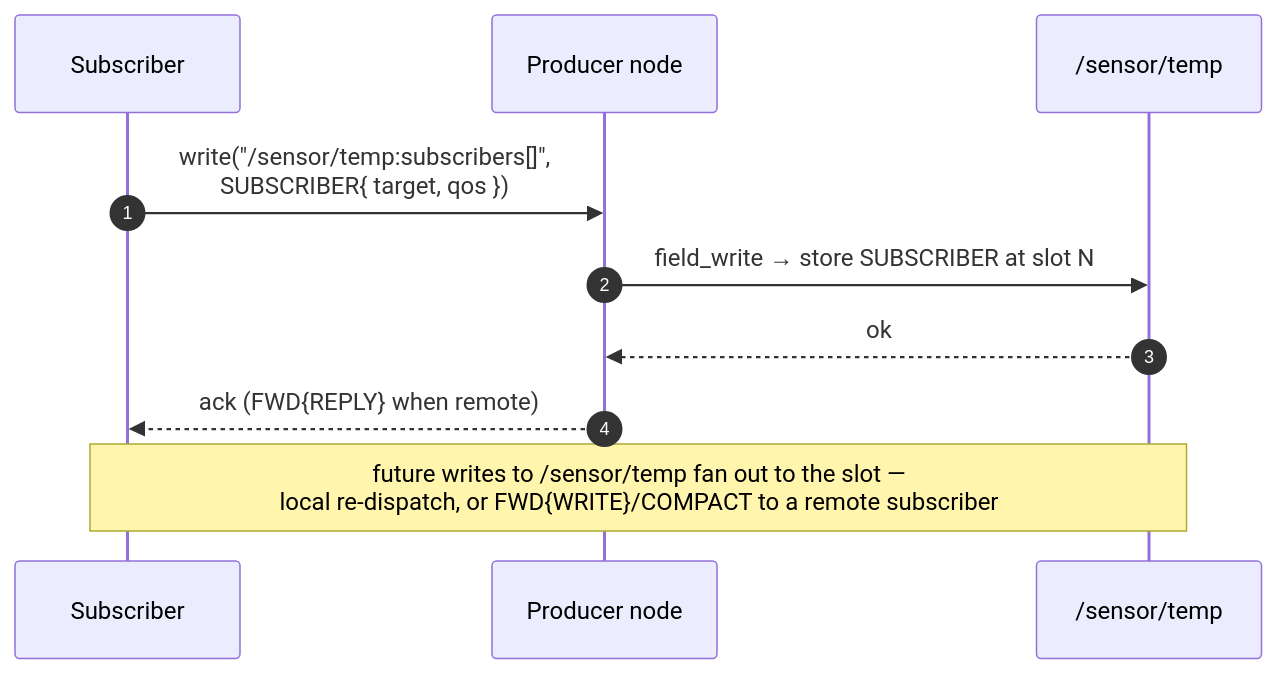
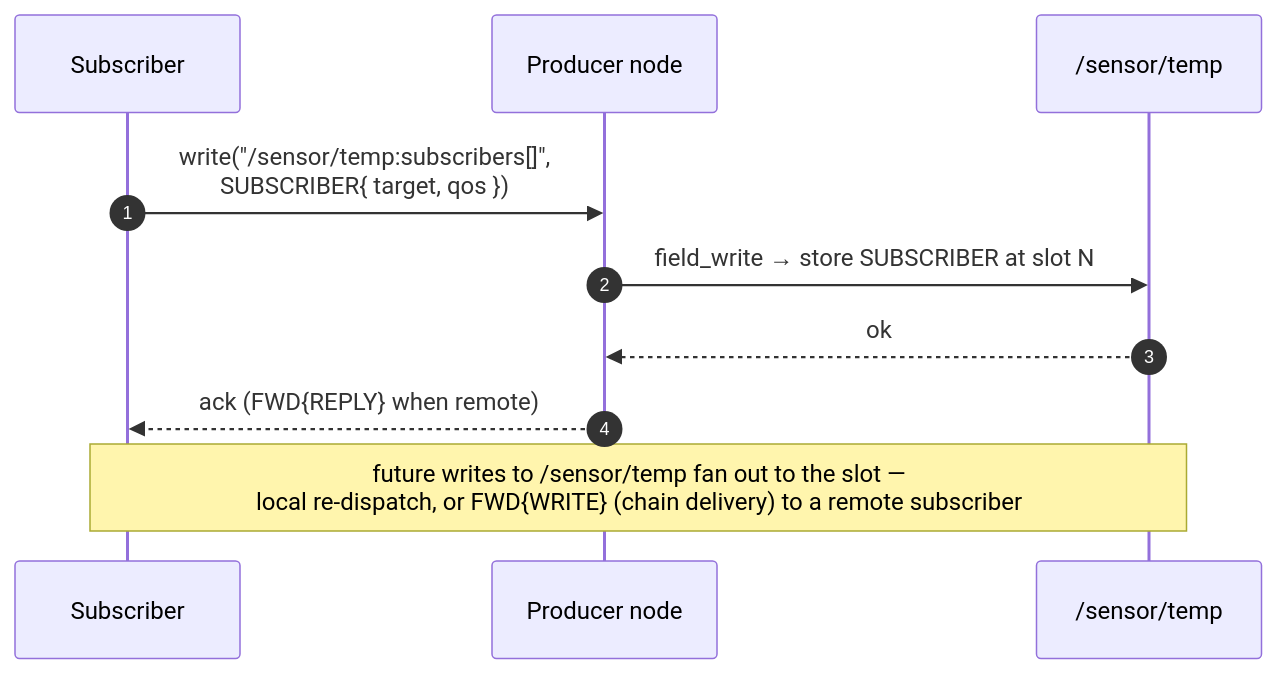
One commit to avatarsd-llc/libtracer changed the first of 6 diagrams in docs/reference/04-communication-flows.md. Above: the diagram before and after it, drawn with Mermaid. The commit also changed other lines of this file and 18 other files, not shown here.

First line of the commit message:
docs: describe chain delivery now that COMPACT is retired (#1952)

````diff
--- a/docs/reference/04-communication-flows.md
+++ b/docs/reference/04-communication-flows.md
@@ -188,12 +188,12 @@
 ```{mermaid}
 sequenceDiagram
     autonumber
     participant App as Subscriber
     participant N as Producer node
     participant V as /sensor/temp
     App->>N: write("/sensor/temp:subscribers[]",<br/>SUBSCRIBER{ target, qos })
     N->>V: field_write → store SUBSCRIBER at slot N
     V-->>N: ok
     N-->>App: ack (FWD{REPLY} when remote)
-    Note over App,V: future writes to /sensor/temp fan out to the slot —<br/>local re-dispatch, or FWD{WRITE}/COMPACT to a remote subscriber
+    Note over App,V: future writes to /sensor/temp fan out to the slot —<br/>local re-dispatch, or FWD{WRITE} (chain delivery) to a remote subscriber
 ```
````
